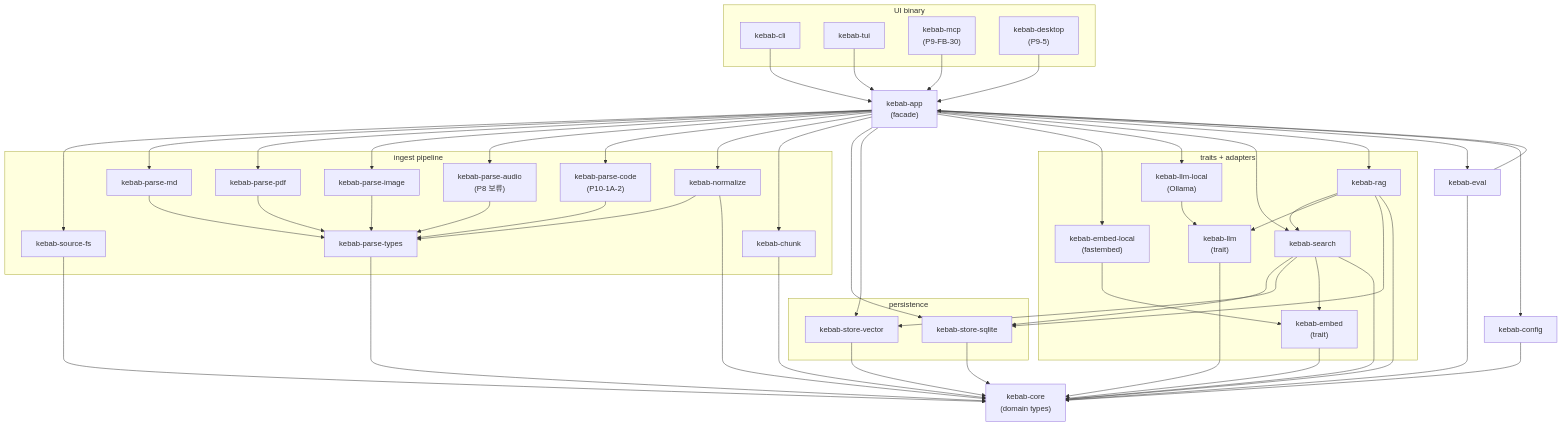
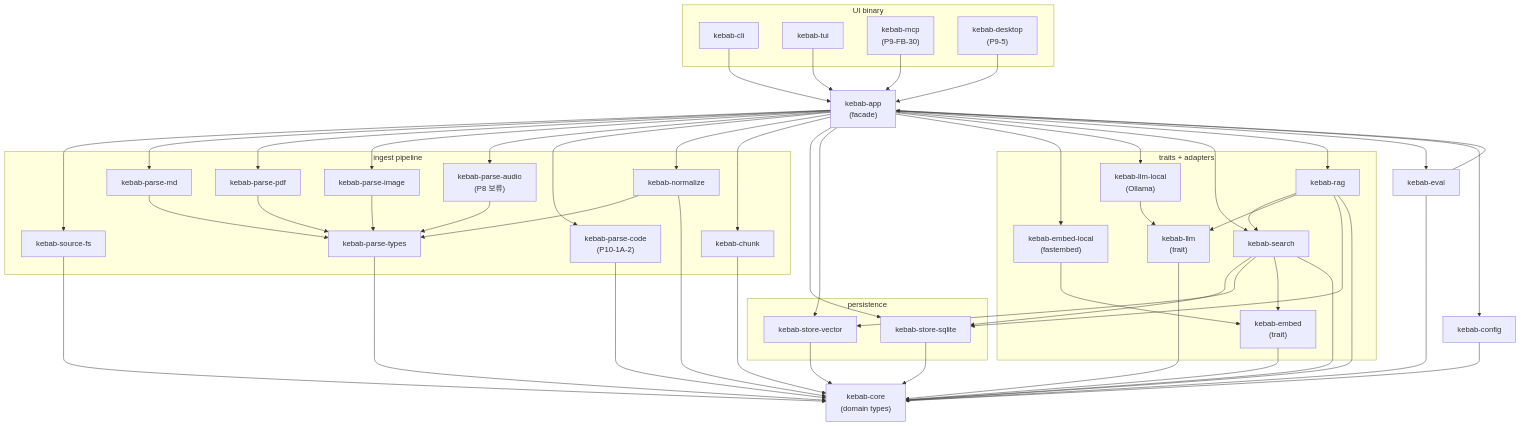
The diagram in docs/ARCHITECTURE.md (altair823/kebab), drawn with Mermaid before and after one commit. The commit also changed other lines of this file and 3 other files, not shown here.

```diff
--- a/docs/ARCHITECTURE.md
+++ b/docs/ARCHITECTURE.md
@@ -98,7 +98,7 @@
     ppdf --> ptypes
     pimg --> ptypes
     paud --> ptypes
-    pcode --> ptypes
+    pcode --> core
     norm --> ptypes
     embedlocal --> embed
     llmlocal --> llm
```
